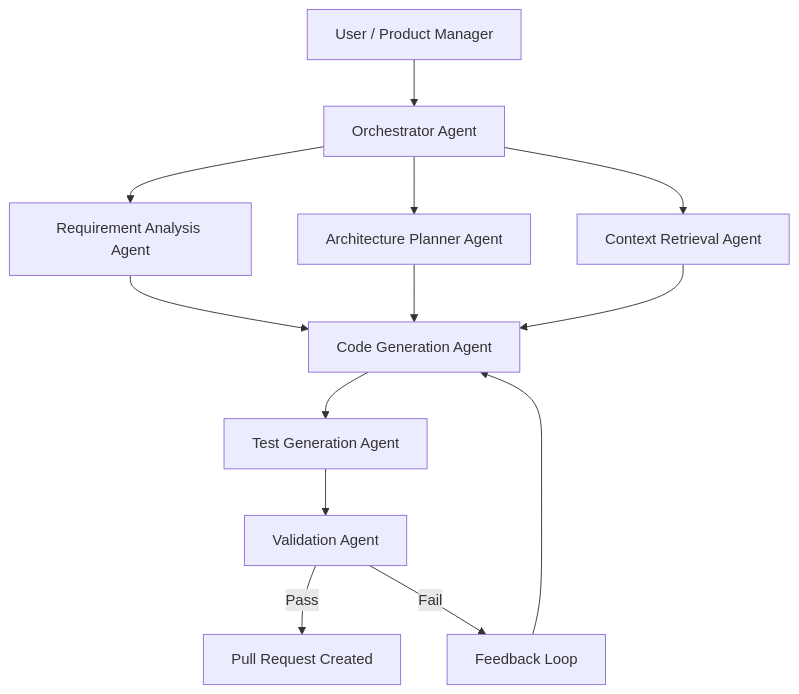
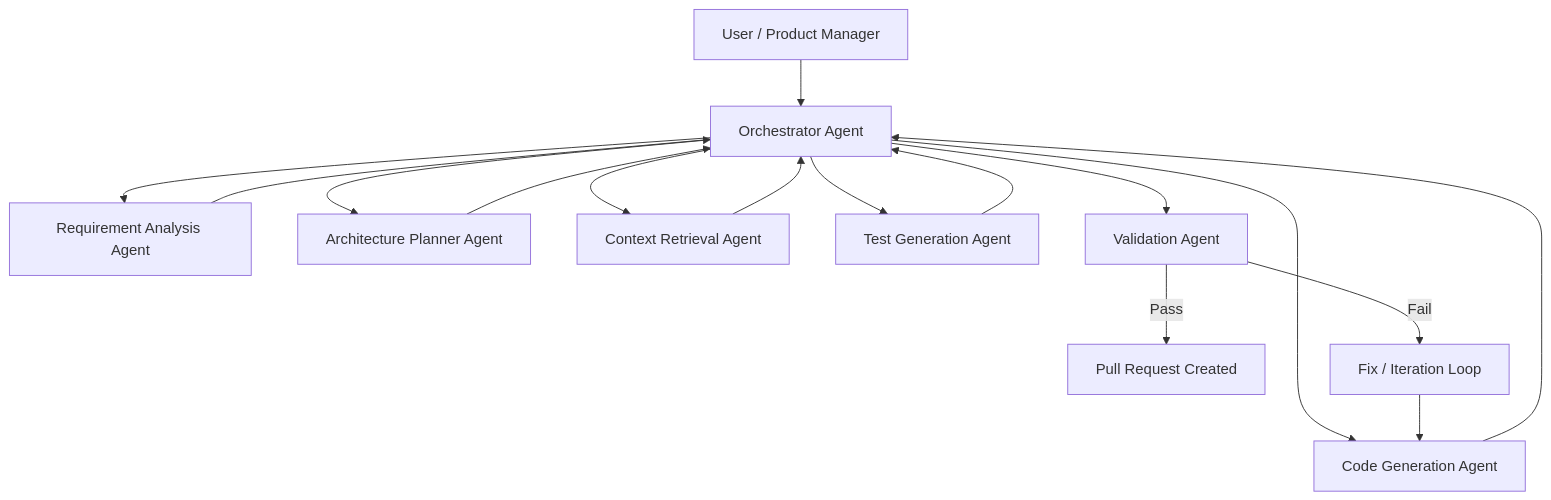
Before and after one commit to PrasadBhalerao/agentic-weather-mcp: the first of 2 diagrams in agentic_requirement_to_code_test_workflow.md, drawn with Mermaid. The commit also changed other lines of this file, not shown here.

````diff
--- a/agentic_requirement_to_code_test_workflow.md
+++ b/agentic_requirement_to_code_test_workflow.md
@@ -16,35 +26,43 @@
 ``` mermaid
 flowchart TD
-U[User / Product Manager]
-O[Orchestrator Agent]
 
-RA[Requirement Analysis Agent]
-AR[Architecture Planner Agent]
-CR[Context Retrieval Agent]
+User[User / Product Manager]
 
-CG[Code Generation Agent]
-TG[Test Generation Agent]
+Orchestrator[Orchestrator Agent]
 
-VA[Validation Agent]
+ReqAgent[Requirement Analysis Agent]
+ArchAgent[Architecture Planner Agent]
+ContextAgent[Context Retrieval Agent]
+
+CodeAgent[Code Generation Agent]
+TestAgent[Test Generation Agent]
+
+ValidationAgent[Validation Agent]
 
 PR[Pull Request Created]
-FB[Feedback Loop]
+FixLoop[Fix / Iteration Loop]
 
-U --> O
+User --> Orchestrator
 
-O --> RA
-O --> AR
-O --> CR
+Orchestrator --> ReqAgent
+ReqAgent --> Orchestrator
 
-RA --> CG
-AR --> CG
-CR --> CG
+Orchestrator --> ArchAgent
+ArchAgent --> Orchestrator
 
-CG --> TG
-TG --> VA
+Orchestrator --> ContextAgent
+ContextAgent --> Orchestrator
 
-VA -->|Pass| PR
-VA -->|Fail| FB
+Orchestrator --> CodeAgent
+CodeAgent --> Orchestrator
 
-FB --> CG
+Orchestrator --> TestAgent
+TestAgent --> Orchestrator
+
+Orchestrator --> ValidationAgent
+
+ValidationAgent -->|Pass| PR
+ValidationAgent -->|Fail| FixLoop
+
+FixLoop --> CodeAgent
 ```
````
